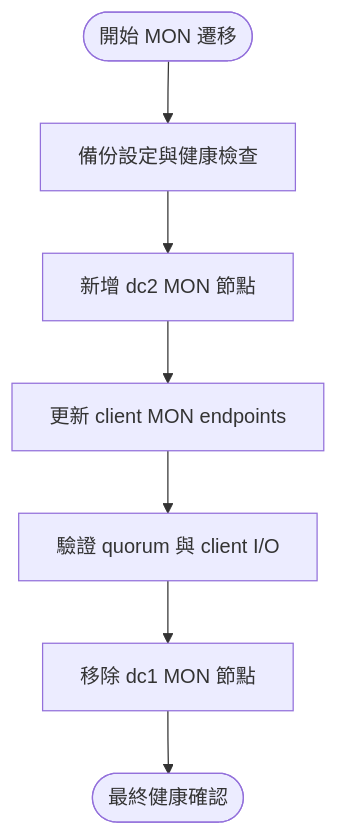
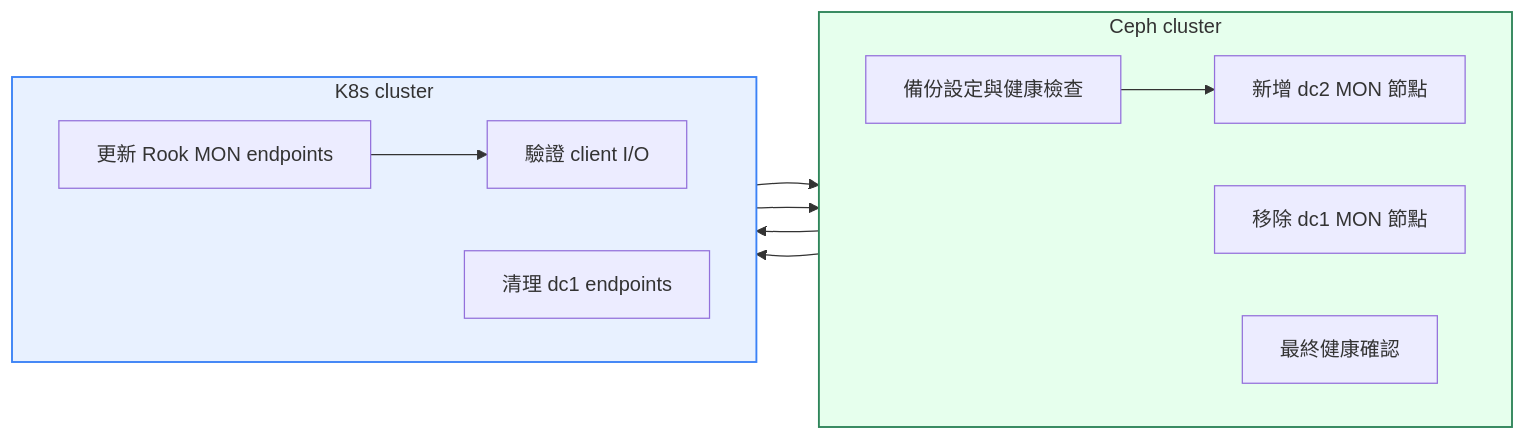
Before and after one commit to MansionLai/notebook: the diagram in storage/ceph-cross-dc-migration/detail_runbook.md, drawn with Mermaid. The commit also changed 1 other file, not shown here.

Commit message:
docs: refine ceph runbook flowchart layout

````diff
--- a/storage/ceph-cross-dc-migration/detail_runbook.md
+++ b/storage/ceph-cross-dc-migration/detail_runbook.md
@@ -15,9 +15,23 @@
 ```mermaid
-flowchart TD
-    A([開始 MON 遷移]) --> B[備份設定與健康檢查]
-    B --> C[新增 dc2 MON 節點]
-    C --> D[更新 client MON endpoints]
-    D --> E[驗證 quorum 與 client I/O]
-    E --> F[移除 dc1 MON 節點]
-    F --> G([最終健康確認])
+flowchart LR
+    subgraph CEPH["Ceph cluster"]
+        direction LR
+        A[備份設定與健康檢查] --> B[新增 dc2 MON 節點]
+        E[移除 dc1 MON 節點]
+        F[最終健康確認]
+    end
+
+    subgraph K8S["K8s cluster"]
+        direction LR
+        C[更新 Rook MON endpoints] --> D[驗證 client I/O]
+        G[清理 dc1 endpoints]
+    end
+
+    B --> C
+    D --> E
+    E --> G
+    G --> F
+
+    style CEPH fill:#e6ffed,stroke:#2f855a,stroke-width:1.5px
+    style K8S fill:#e8f1ff,stroke:#3b82f6,stroke-width:1.5px
 ```
````
